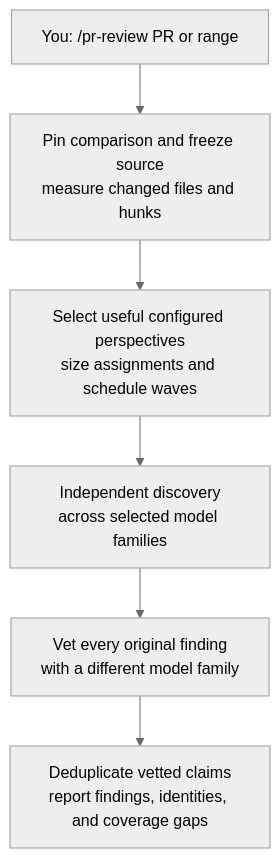
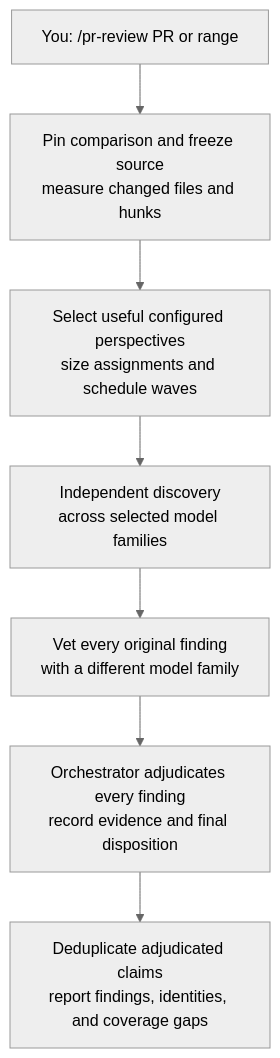
The second of 5 diagrams in README.md (beardedeagle/zetta-delta), drawn with Mermaid (neutral theme) before and after one commit. The commit also changed other lines of this file and 1 other file, not shown here.

Commit message:
fix: require adjudication for every PR finding

````diff
--- a/README.md
+++ b/README.md
@@ -465,8 +469,9 @@
 ```mermaid
 flowchart TD
   U["You: /pr-review PR or range"] --> T["Pin comparison and freeze source<br/>measure changed files and hunks"]
   T --> S["Select useful configured perspectives<br/>size assignments and schedule waves"]
   S --> D["Independent discovery<br/>across selected model families"]
   D --> V["Vet every original finding<br/>with a different model family"]
-  V --> R["Deduplicate vetted claims<br/>report findings, identities, and coverage gaps"]
+  V --> A["Orchestrator adjudicates every finding<br/>record evidence and final disposition"]
+  A --> R["Deduplicate adjudicated claims<br/>report findings, identities, and coverage gaps"]
 ```
````
